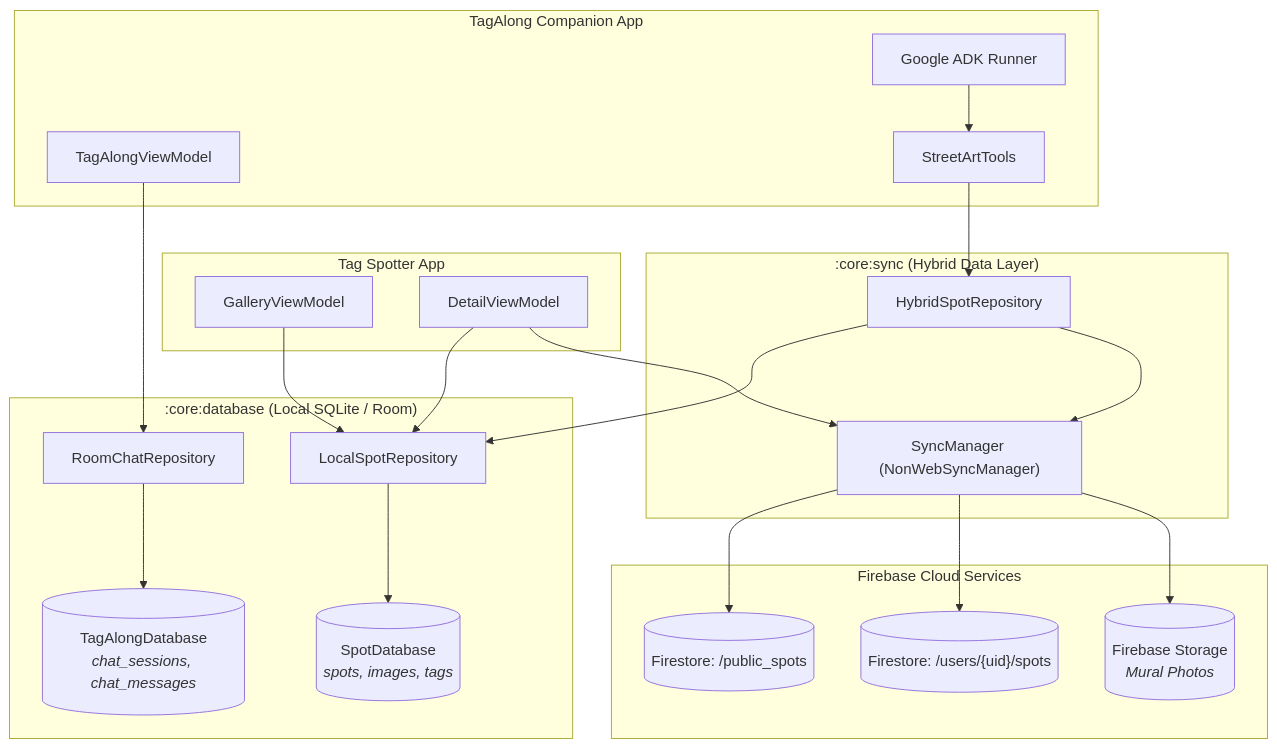
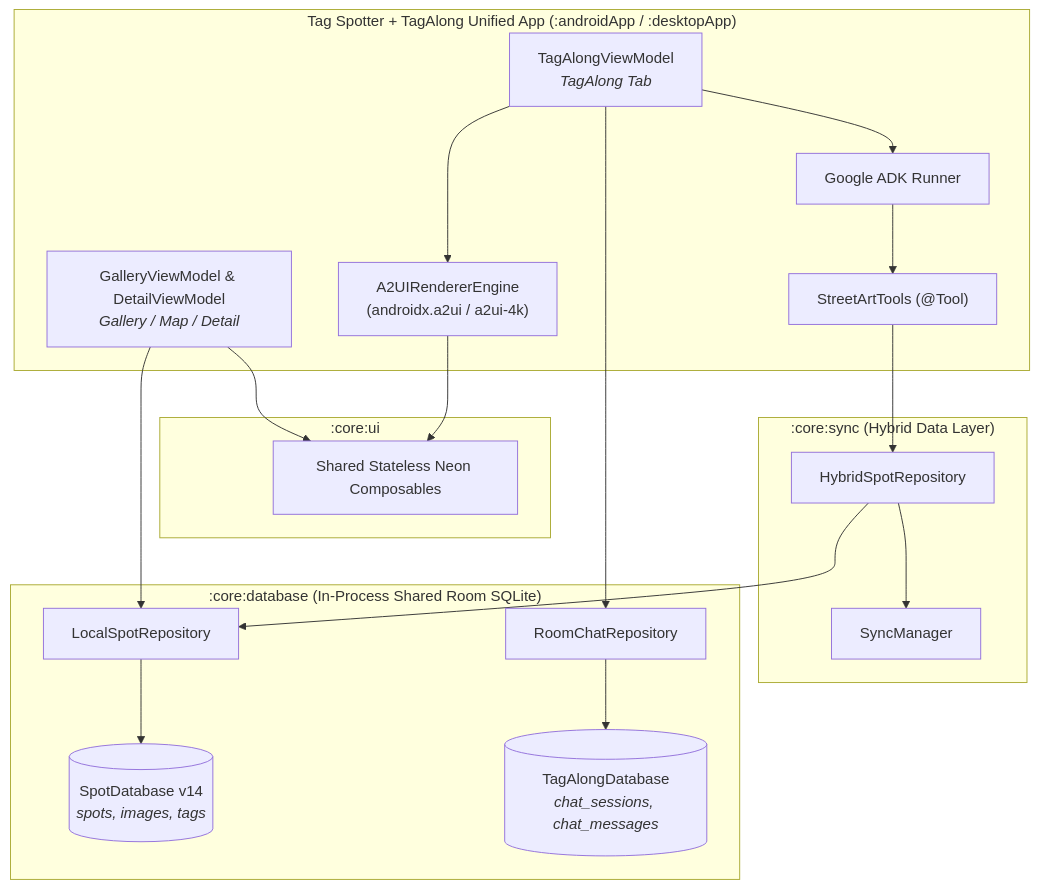
Before and after one commit to maiatoday/tag-spotter: the fourth of 5 diagrams in docs/a2ui-phase-4-and-more.md, drawn with Mermaid. The commit also changed other lines of this file and 2 other files, not shown here.

First line of the commit message:
feat(arch): Finalize TagAlong Phase 4 architecture, consolidate app, and adopt official A2UI

````diff
--- a/docs/a2ui-phase-4-and-more.md
+++ b/docs/a2ui-phase-4-and-more.md
@@ -341,50 +436,34 @@
 ```mermaid
 flowchart TD
-    subgraph TagAlongApp["TagAlong Companion App"]
-        ChatVM["TagAlongViewModel"]
+    subgraph UnifiedApp["Tag Spotter + TagAlong Unified App (:androidApp / :desktopApp)"]
+        GalleryVM["GalleryViewModel & DetailViewModel<br><i>Gallery / Map / Detail</i>"]
+        ChatVM["TagAlongViewModel<br><i>TagAlong Tab</i>"]
         AgentRunner["Google ADK Runner"]
-        Tools["StreetArtTools"]
+        Tools["StreetArtTools (@Tool)"]
+        Engine["A2UIRendererEngine<br>(androidx.a2ui / a2ui-4k)"]
     end
 
-    subgraph TagSpotterApp["Tag Spotter App"]
-        GalleryVM["GalleryViewModel"]
-        DetailVM["DetailViewModel"]
+    subgraph CoreUI[":core:ui"]
+        SharedCards["Shared Stateless Neon Composables"]
     end
 
     subgraph CoreHybrid[":core:sync (Hybrid Data Layer)"]
         HybridRepo["HybridSpotRepository"]
-        SyncMgr["SyncManager (NonWebSyncManager)"]
+        SyncMgr["SyncManager"]
     end
 
-    subgraph CoreDB[":core:database (Local SQLite / Room)"]
+    subgraph CoreDB[":core:database (In-Process Shared Room SQLite)"]
         LocalRepo["LocalSpotRepository"]
-        SpotDB[("SpotDatabase<br><i>spots, images, tags</i>")]
+        SpotDB[("SpotDatabase v14<br><i>spots, images, tags</i>")]
         ChatRepo["RoomChatRepository"]
         ChatDB[("TagAlongDatabase<br><i>chat_sessions, chat_messages</i>")]
     end
 
-    subgraph FirebaseCloud["Firebase Cloud Services"]
-        FirestorePublic[("Firestore: /public_spots")]
-        FirestorePrivate[("Firestore: /users/{uid}/spots")]
-        GCS[("Firebase Storage<br><i>Mural Photos</i>")]
-    end
-
-    ChatVM --> ChatRepo
-    ChatRepo --> ChatDB
-
-    AgentRunner --> Tools
-    Tools --> HybridRepo
-
+    ChatVM --> ChatRepo --> ChatDB
+    ChatVM --> Engine --> SharedCards
+    ChatVM --> AgentRunner --> Tools --> HybridRepo
     GalleryVM --> LocalRepo
-    DetailVM --> LocalRepo
-    DetailVM --> SyncMgr
-
-    HybridRepo --> LocalRepo
+    GalleryVM --> SharedCards
+    HybridRepo --> LocalRepo --> SpotDB
     HybridRepo --> SyncMgr
-
-    LocalRepo --> SpotDB
-
-    SyncMgr --> FirestorePublic
-    SyncMgr --> FirestorePrivate
-    SyncMgr --> GCS
 ```
````
